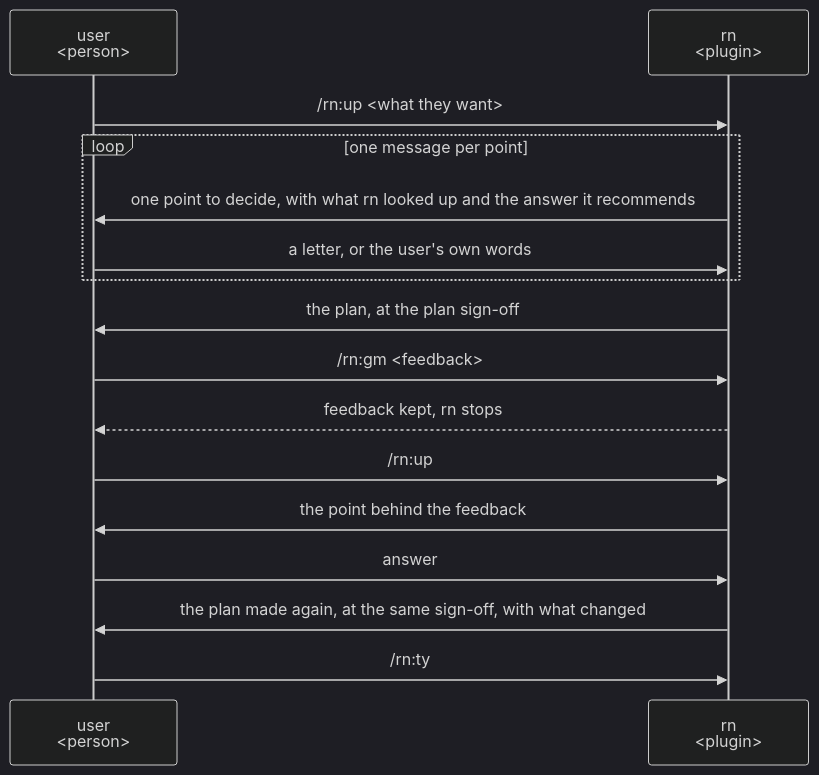
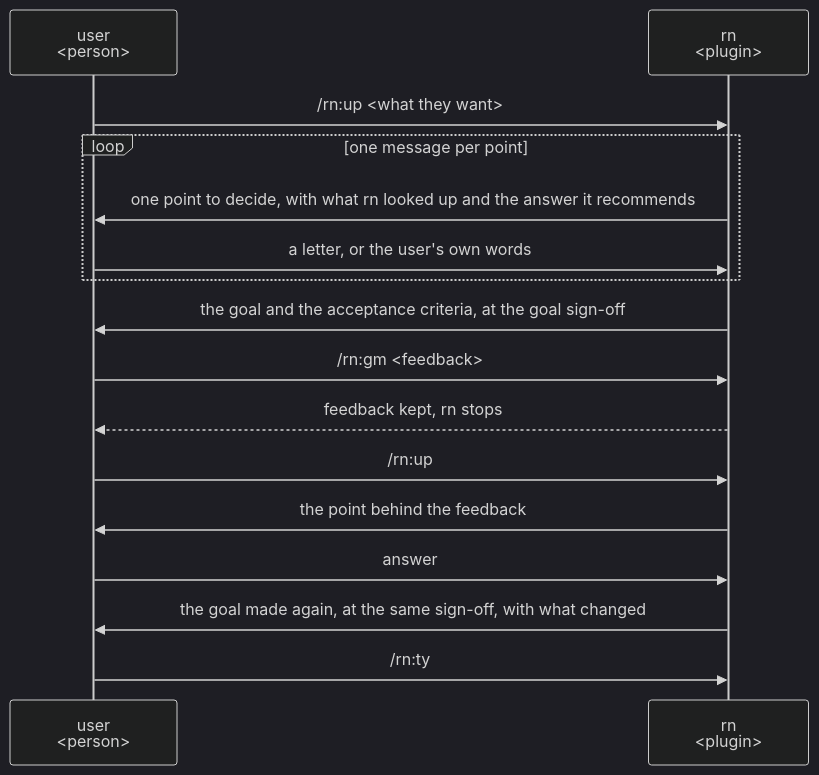
One commit to lovaizu/ccpm changed the second of 5 diagrams in dev/rn/ux.md. Above: the diagram before and after it, drawn with Mermaid (dark theme). The commit also changed other lines of this file and 1 other file, not shown here.

````diff
--- a/dev/rn/ux.md
+++ b/dev/rn/ux.md
@@ -101,18 +111,18 @@
 ```mermaid
 sequenceDiagram
   participant U as user<br/>#lt;person#gt;
   participant R as rn<br/>#lt;plugin#gt;
   U->>R: /rn:up #lt;what they want#gt;
   loop one message per point
     R->>U: one point to decide, with what rn looked up and the answer it recommends
     U->>R: a letter, or the user's own words
   end
-  R->>U: the plan, at the plan sign-off
+  R->>U: the goal and the acceptance criteria, at the goal sign-off
   U->>R: /rn:gm #lt;feedback#gt;
   R-->>U: feedback kept, rn stops
   U->>R: /rn:up
   R->>U: the point behind the feedback
   U->>R: answer
-  R->>U: the plan made again, at the same sign-off, with what changed
+  R->>U: the goal made again, at the same sign-off, with what changed
   U->>R: /rn:ty
 ```
````
